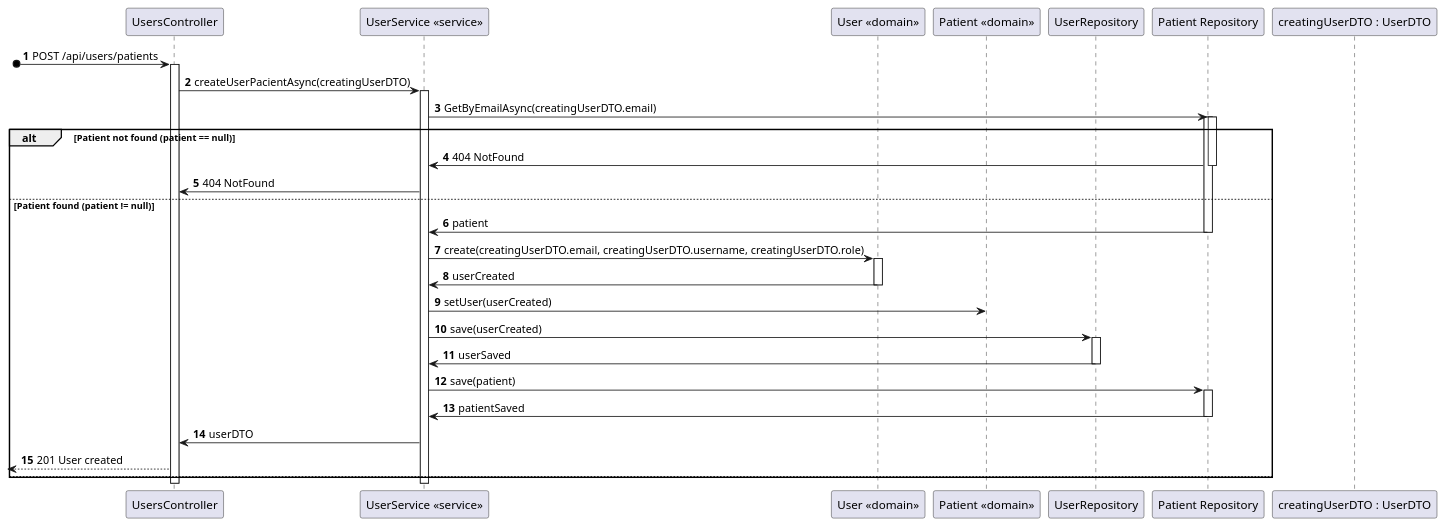
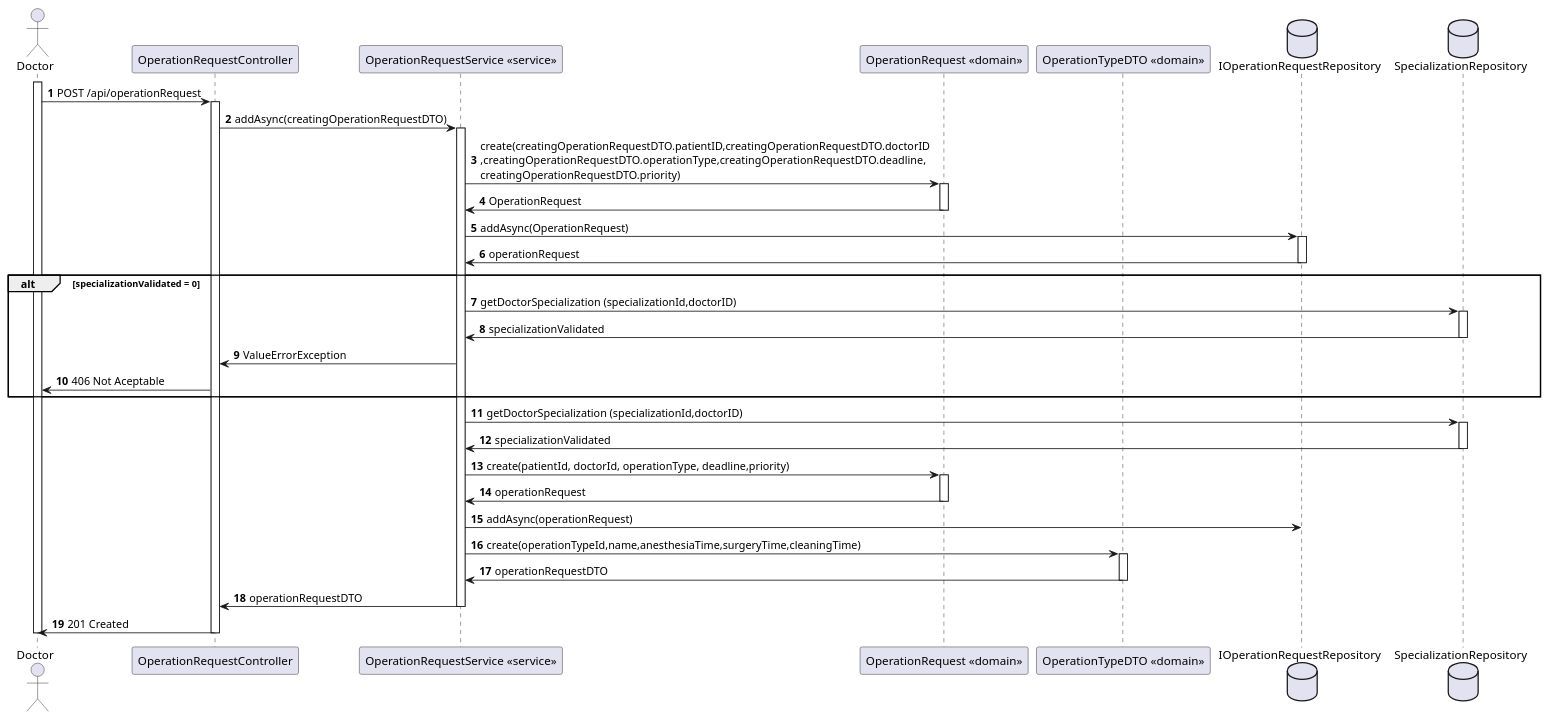
The diagram in docs/OperationRequest/views/level3/process-view2.puml (Lapr5G21/sem5pi-24-25-3ddg21), drawn with PlantUML before and after one commit. The commit also changed 8 other files, not shown here.

```diff
--- a/docs/OperationRequest/views/level3/process-view2.puml
+++ b/docs/OperationRequest/views/level3/process-view2.puml
@@ -1,61 +1,85 @@
-@startuml Patient Profile Creation (level 3 - 2)
+@startuml 
 autonumber
-participant CTRL as "UsersController"
-participant SERVICE as "UserService <<service>>"
-participant User as "User <<domain>>"
-participant Patient as "Patient <<domain>>"
-participant USERREPO as "UserRepository"
-participant PATIENTREPO as "Patient Repository"
-participant DTO as "creatingUserDTO : UserDTO"
+actor Doctor as "Doctor"
+participant CTRL as "OperationRequestController"
+participant SERVICE as "OperationRequestService <<service>>"
+participant OperationRequest as "OperationRequest <<domain>>"
+participant OperationTypeDTO as "OperationTypeDTO <<domain>>"
+database IOperationRequestRepository as "IOperationRequestRepository"
+database SpecializationRepository as "SpecializationRepository"
 
-?o-> CTRL : POST /api/users/patients
+
+activate Doctor
+
+Doctor -> CTRL : POST /api/operationRequest
 activate CTRL
 
-CTRL -> SERVICE : createUserPacientAsync(creatingUserDTO)
+CTRL -> SERVICE : addAsync(creatingOperationRequestDTO)
 activate SERVICE
 
-SERVICE -> PATIENTREPO : GetByEmailAsync(creatingUserDTO.email)
-activate PATIENTREPO
-alt Patient not found (patient == null)
+SERVICE -> OperationRequest : create(creatingOperationRequestDTO.patientID,creatingOperationRequestDTO.doctorID\n,creatingOperationRequestDTO.operationType,creatingOperationRequestDTO.deadline,\ncreatingOperationRequestDTO.priority)
 
-    activate PATIENTREPO
+activate OperationRequest
 
-    PATIENTREPO -> SERVICE : 404 NotFound
-    
-    deactivate PATIENTREPO
+OperationRequest -> SERVICE : OperationRequest
 
-    SERVICE -> CTRL : 404 NotFound
+deactivate OperationRequest
 
-else Patient found (patient != null)
-    PATIENTREPO -> SERVICE : patient
-    deactivate PATIENTREPO
+SERVICE -> IOperationRequestRepository : addAsync(OperationRequest)
 
-    SERVICE -> User : create(creatingUserDTO.email, creatingUserDTO.username, creatingUserDTO.role)
-    activate User
+activate IOperationRequestRepository
 
-    User -> SERVICE : userCreated
-    deactivate User
+IOperationRequestRepository -> SERVICE : operationRequest
 
-    SERVICE -> Patient : setUser(userCreated)
-    SERVICE -> USERREPO : save(userCreated)
-    activate USERREPO
+deactivate IOperationRequestRepository
 
-    USERREPO -> SERVICE : userSaved
-    deactivate USERREPO
+alt specializationValidated = 0 
 
-    SERVICE -> PATIENTREPO : save(patient)
-    activate PATIENTREPO
+SERVICE -> SpecializationRepository : getDoctorSpecialization (specializationId,doctorID)
 
-    PATIENTREPO -> SERVICE : patientSaved
-    deactivate PATIENTREPO
+activate SpecializationRepository 
 
-    SERVICE -> CTRL : userDTO
-    
-    <-- CTRL : 201 User created
+SpecializationRepository -> SERVICE : specializationValidated
 
-else 
-end
+deactivate SpecializationRepository
 
-deactivate SERVICE
-deactivate CTRL
+SERVICE -> CTRL : ValueErrorException
+
+CTRL -> Doctor : 406 Not Aceptable
+end alt 
+
+SERVICE -> SpecializationRepository : getDoctorSpecialization (specializationId,doctorID)
+
+activate SpecializationRepository 
+
+SpecializationRepository -> SERVICE : specializationValidated
+
+deactivate SpecializationRepository
+SERVICE -> OperationRequest : create(patientId, doctorId, operationType, deadline,priority)
+
+activate OperationRequest 
+
+OperationRequest -> SERVICE : operationRequest
+deactivate OperationRequest
+
+SERVICE -> IOperationRequestRepository : addAsync(operationRequest)
+
+
+SERVICE -> OperationTypeDTO : create(operationTypeId,name,anesthesiaTime,surgeryTime,cleaningTime)
+
+activate OperationTypeDTO
+
+OperationTypeDTO -> SERVICE : operationRequestDTO
+
+deactivate OperationTypeDTO
+
+SERVICE -> CTRL : operationRequestDTO
+
+deactivate SERVICE 
+
+CTRL -> Doctor : 201 Created
+
+deactivate CTRL 
+
+deactivate Doctor
 @enduml
```
